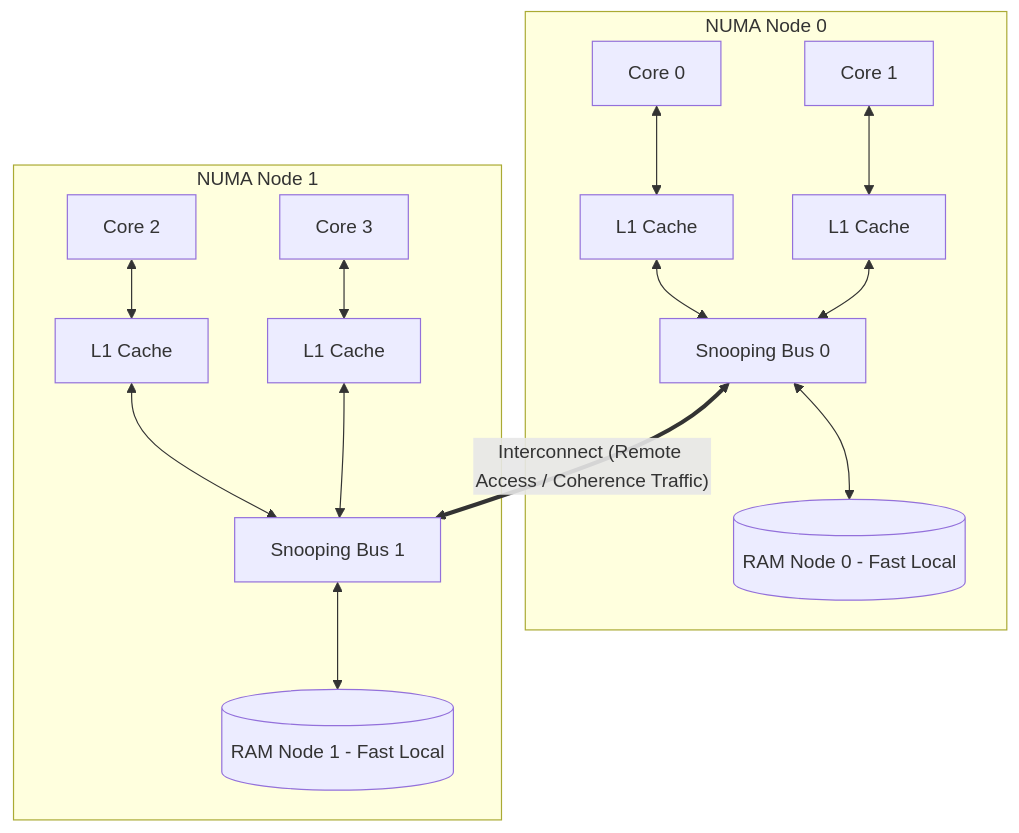
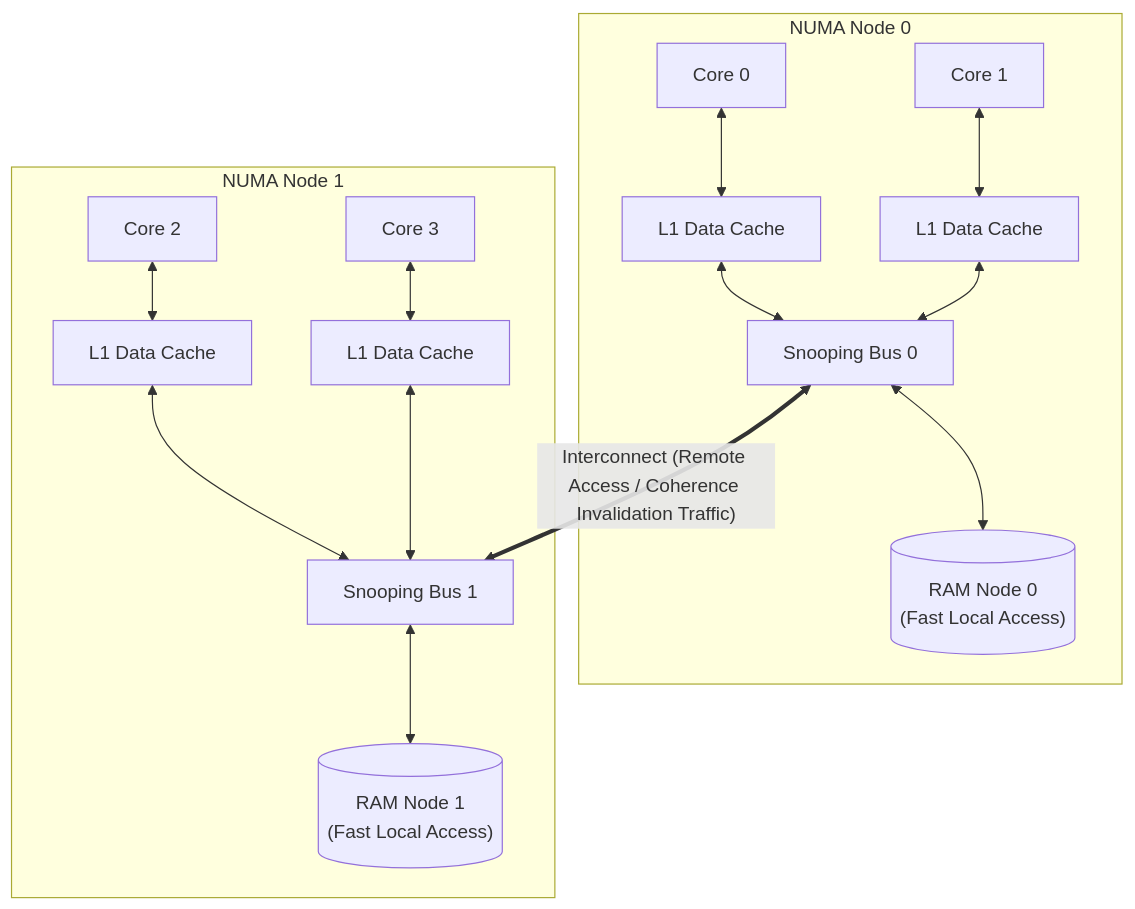
Before and after one commit to manasa-vasare/pgc-cache-coherance: the first of 2 diagrams in README.md, drawn with Mermaid. The commit also changed other lines of this file, not shown here.

Commit message:
Revamp README to perfectly match lab manual specification, data tables, and terminal verification

````diff
--- a/README.md
+++ b/README.md
@@ -48,20 +128,20 @@
 ```mermaid
 flowchart TD
-    subgraph NUMA Node 0
-        C0[Core 0] <--> L1_0[L1 Cache]
-        C1[Core 1] <--> L1_1[L1 Cache]
-        L1_0 <--> Bus0[Snooping Bus 0]
+    subgraph NUMA_Node_0["NUMA Node 0"]
+        C0["Core 0"] <--> L1_0["L1 Data Cache"]
+        C1["Core 1"] <--> L1_1["L1 Data Cache"]
+        L1_0 <--> Bus0["Snooping Bus 0"]
         L1_1 <--> Bus0
-        Bus0 <--> RAM0[(RAM Node 0 - Fast Local)]
+        Bus0 <--> RAM0[("RAM Node 0<br>(Fast Local Access)")]
     end
 
-    subgraph NUMA Node 1
-        C2[Core 2] <--> L1_2[L1 Cache]
-        C3[Core 3] <--> L1_3[L1 Cache]
-        L1_2 <--> Bus1[Snooping Bus 1]
+    subgraph NUMA_Node_1["NUMA Node 1"]
+        C2["Core 2"] <--> L1_2["L1 Data Cache"]
+        C3["Core 3"] <--> L1_3["L1 Data Cache"]
+        L1_2 <--> Bus1["Snooping Bus 1"]
         L1_3 <--> Bus1
-        Bus1 <--> RAM1[(RAM Node 1 - Fast Local)]
+        Bus1 <--> RAM1[("RAM Node 1<br>(Fast Local Access)")]
     end
 
-    Bus0 <== Interconnect (Remote Access / Coherence Traffic) ==> Bus1
+    Bus0 <== "Interconnect (Remote Access / Coherence Invalidation Traffic)" ==> Bus1
 ```
````
